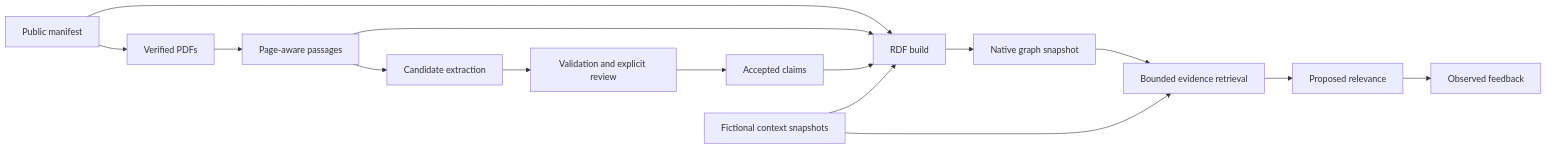
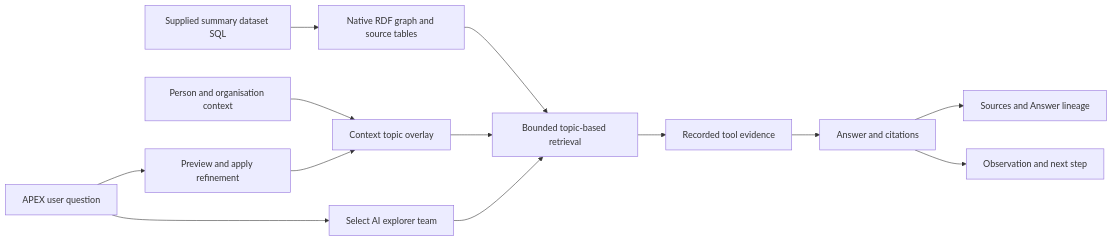
The diagram in docs/architecture.md (jlowe000/knowledge-context-graph-hol), drawn with Mermaid before and after one commit. The commit also changed other lines of this file and 113 other files, not shown here.

````diff
--- a/docs/architecture.md
+++ b/docs/architecture.md
@@ -19,17 +5,15 @@
 ```mermaid
 flowchart LR
-  A[Public manifest] --> B[Verified PDFs]
-  B --> C[Page-aware passages]
-  C --> D[Candidate extraction]
-  D --> E[Validation and explicit review]
-  E --> F[Accepted claims]
-  A --> G[RDF build]
-  C --> G
-  F --> G
-  H[Fictional context snapshots] --> G
-  G --> I[Native graph snapshot]
-  I --> J[Bounded evidence retrieval]
-  H --> J
-  J --> K[Proposed relevance]
-  K --> L[Observed feedback]
+  A[Supplied summary dataset SQL] --> B[Native RDF graph and source tables]
+  C[Person and organisation context] --> D[Context topic overlay]
+  B --> E[Bounded topic-based retrieval]
+  D --> E
+  F[APEX user question] --> G[Select AI explorer team]
+  G --> E
+  E --> H[Recorded tool evidence]
+  H --> I[Answer and citations]
+  I --> J[Sources and Answer lineage]
+  F --> K[Preview and apply refinement]
+  K --> D
+  I --> L[Observation and next step]
 ```
````
